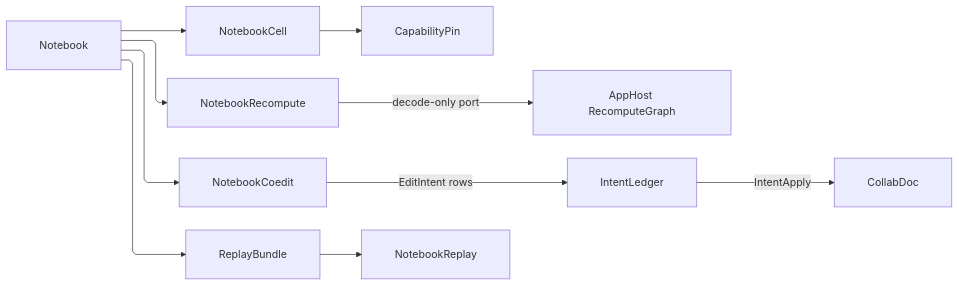
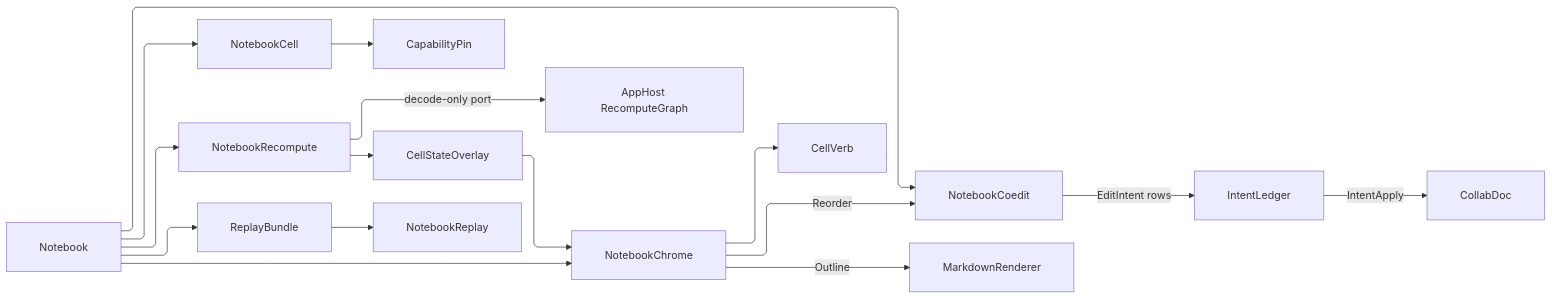
The diagram in libs/csharp/Rasm.AppUi/.planning/Document/notebook.md (bsamiee/Rasm), drawn with Mermaid before and after one commit. The commit also changed other lines of this file and 747 other files, not shown here.

````diff
--- a/libs/csharp/Rasm.AppUi/.planning/Document/notebook.md
+++ b/libs/csharp/Rasm.AppUi/.planning/Document/notebook.md
@@ -392,21 +600,27 @@
 ```mermaid
 ---
 config:
   layout: elk
   flowchart:
     curve: linear
     padding: 25
 ---
 flowchart LR
-    accTitle: Notebook cell, recompute, and replay planes
-    accDescr: A notebook owning capability-pinned cells, a recompute plane reading the host graph decode-only, a co-edit plane lowering edit intents through the ledger onto the collaboration document, and a replay bundle driving deterministic replay.
+    accTitle: Notebook cell, recompute, co-edit, replay, and chrome planes
+    accDescr: A notebook owning capability-pinned cells, a recompute plane reading the host graph decode-only, a co-edit plane lowering edit intents through the ledger onto the collaboration document, a replay bundle driving deterministic replay, and a chrome fold projecting the settled state overlay into per-cell verb rows, reorder intents, and the markdown outline.
     Notebook --> NotebookCell
     NotebookCell --> CapabilityPin
     Notebook --> NotebookRecompute
     NotebookRecompute -->|decode-only port| RecomputeGraph["AppHost RecomputeGraph"]
+    NotebookRecompute --> CellStateOverlay
     Notebook --> NotebookCoedit
     NotebookCoedit -->|EditIntent rows| IntentLedger
     IntentLedger -->|IntentApply| CollabDoc
     Notebook --> ReplayBundle
     ReplayBundle --> NotebookReplay
+    Notebook --> NotebookChrome
+    NotebookChrome --> CellVerb
+    CellStateOverlay --> NotebookChrome
+    NotebookChrome -->|Reorder| NotebookCoedit
+    NotebookChrome -->|Outline| MarkdownRenderer
 ```
````
